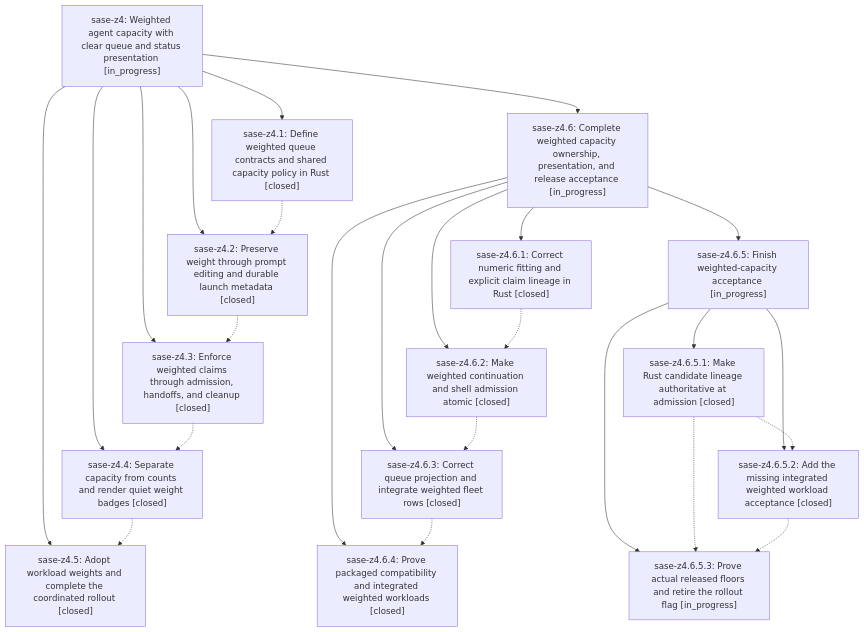
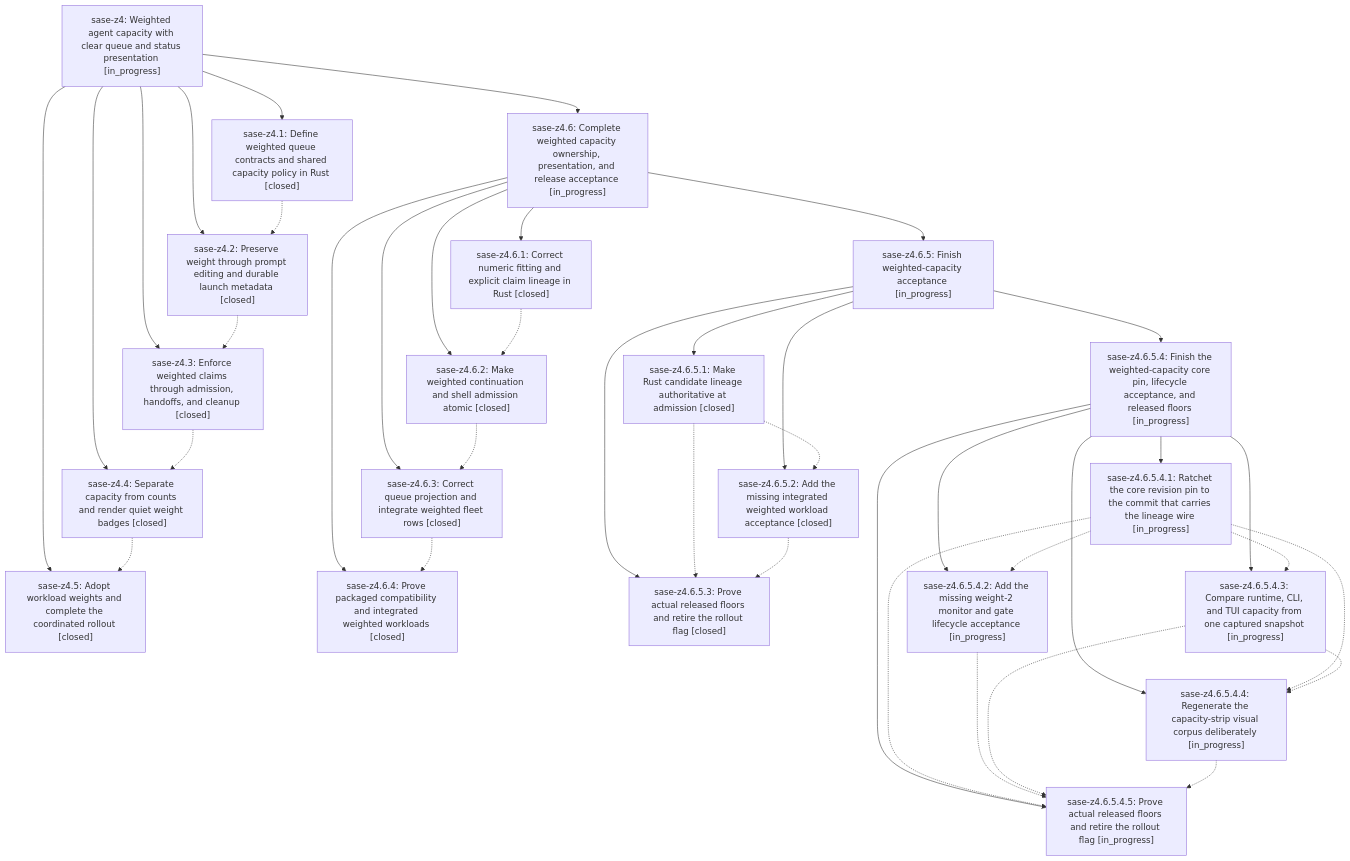
The diagram in pages/sase-z4/README.md (sase-org/sase--beads), drawn with Mermaid before and after one commit. The commit also changed other lines of this file and 12 other files, not shown here.

````diff
--- a/pages/sase-z4/README.md
+++ b/pages/sase-z4/README.md
@@ -47,42 +47,62 @@
 ```mermaid
 flowchart TD
     n0["sase-z4: Weighted agent capacity with clear queue and status presentation [in_progress]"]
     n1["sase-z4.1: Define weighted queue contracts and shared capacity policy in Rust [closed]"]
     n2["sase-z4.2: Preserve weight through prompt editing and durable launch metadata [closed]"]
     n3["sase-z4.3: Enforce weighted claims through admission, handoffs, and cleanup [closed]"]
     n4["sase-z4.4: Separate capacity from counts and render quiet weight badges [closed]"]
     n5["sase-z4.5: Adopt workload weights and complete the coordinated rollout [closed]"]
     n6["sase-z4.6: Complete weighted capacity ownership, presentation, and release acceptance [in_progress]"]
     n7["sase-z4.6.1: Correct numeric fitting and explicit claim lineage in Rust [closed]"]
     n8["sase-z4.6.2: Make weighted continuation and shell admission atomic [closed]"]
     n9["sase-z4.6.3: Correct queue projection and integrate weighted fleet rows [closed]"]
     n10["sase-z4.6.4: Prove packaged compatibility and integrated weighted workloads [closed]"]
     n11["sase-z4.6.5: Finish weighted-capacity acceptance [in_progress]"]
     n12["sase-z4.6.5.1: Make Rust candidate lineage authoritative at admission [closed]"]
     n13["sase-z4.6.5.2: Add the missing integrated weighted workload acceptance [closed]"]
-    n14["sase-z4.6.5.3: Prove actual released floors and retire the rollout flag [in_progress]"]
+    n14["sase-z4.6.5.3: Prove actual released floors and retire the rollout flag [closed]"]
+    n15["sase-z4.6.5.4: Finish the weighted-capacity core pin, lifecycle acceptance, and released floors [in_progress]"]
+    n16["sase-z4.6.5.4.1: Ratchet the core revision pin to the commit that carries the lineage wire [in_progress]"]
+    n17["sase-z4.6.5.4.2: Add the missing weight-2 monitor and gate lifecycle acceptance [in_progress]"]
+    n18["sase-z4.6.5.4.3: Compare runtime, CLI, and TUI capacity from one captured snapshot [in_progress]"]
+    n19["sase-z4.6.5.4.4: Regenerate the capacity-strip visual corpus deliberately [in_progress]"]
+    n20["sase-z4.6.5.4.5: Prove actual released floors and retire the rollout flag [in_progress]"]
     n0 --> n1
     n0 --> n2
     n0 --> n3
     n0 --> n4
     n0 --> n5
     n0 --> n6
     n6 --> n7
     n6 --> n8
     n6 --> n9
     n6 --> n10
     n6 --> n11
     n11 --> n12
     n11 --> n13
     n11 --> n14
+    n11 --> n15
+    n15 --> n16
+    n15 --> n17
+    n15 --> n18
+    n15 --> n19
+    n15 --> n20
     n1 -.-> n2
     n2 -.-> n3
     n3 -.-> n4
     n4 -.-> n5
     n7 -.-> n8
     n8 -.-> n9
     n9 -.-> n10
     n12 -.-> n13
     n12 -.-> n14
     n13 -.-> n14
+    n16 -.-> n17
+    n16 -.-> n18
+    n16 -.-> n19
+    n16 -.-> n20
+    n17 -.-> n20
+    n18 -.-> n19
+    n18 -.-> n20
+    n19 -.-> n20
 ```
````
